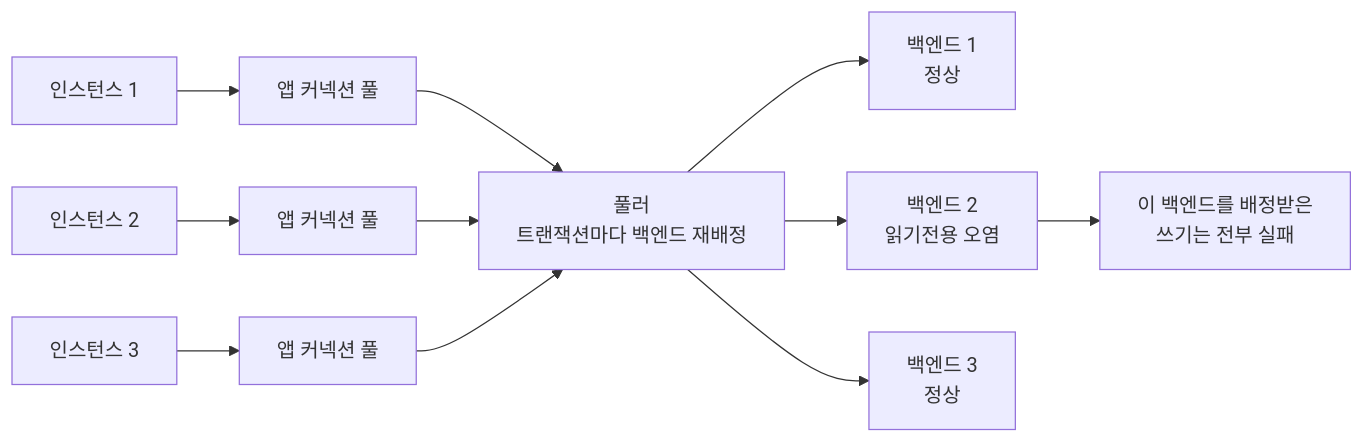
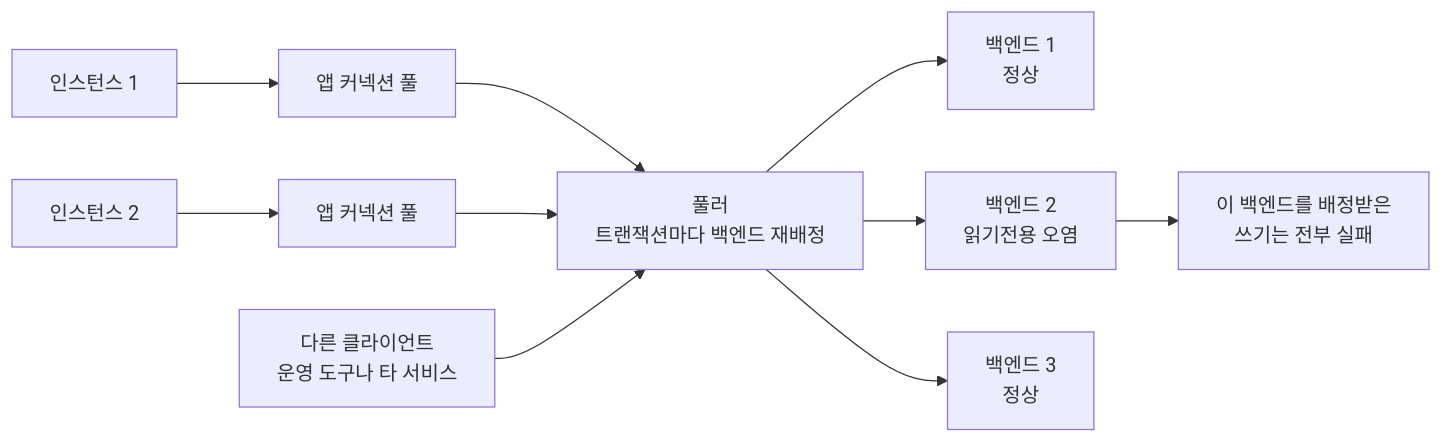
One commit to devch1013/devch1013.github.io changed the diagram in _codex/postgres-set-scope-in-connection-pool.md. Above: the diagram before and after it, drawn with Mermaid. The commit also changed other lines of this file, not shown here.

````diff
--- a/_codex/postgres-set-scope-in-connection-pool.md
+++ b/_codex/postgres-set-scope-in-connection-pool.md
@@ -93,13 +93,12 @@
 ```mermaid
 graph LR
   A1[인스턴스 1] --> P1[앱 커넥션 풀]
   A2[인스턴스 2] --> P2[앱 커넥션 풀]
-  A3[인스턴스 3] --> P3[앱 커넥션 풀]
   P1 --> PGB[풀러<br/>트랜잭션마다 백엔드 재배정]
   P2 --> PGB
-  P3 --> PGB
+  A3[다른 클라이언트<br/>운영 도구나 타 서비스] --> PGB
   PGB --> B1[백엔드 1<br/>정상]
   PGB --> B2[백엔드 2<br/>읽기전용 오염]
   PGB --> B3[백엔드 3<br/>정상]
   B2 --> ERR[이 백엔드를 배정받은<br/>쓰기는 전부 실패]
 ```
````
